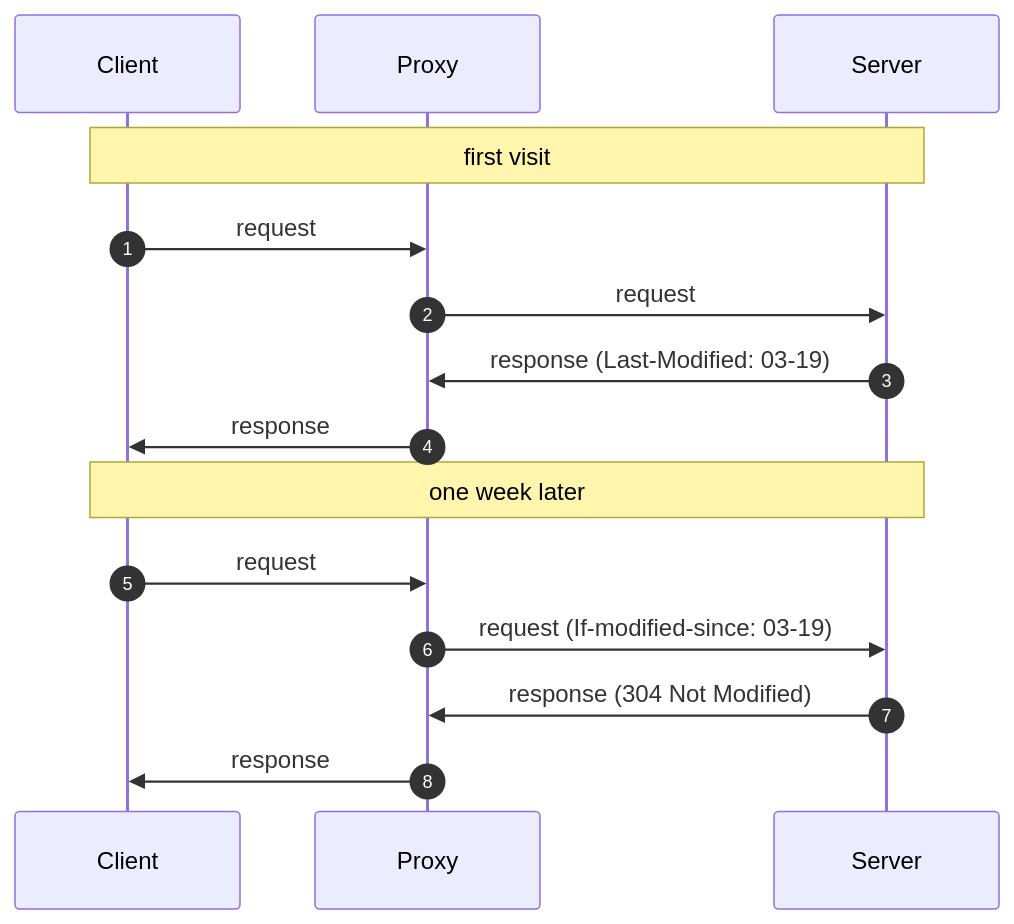
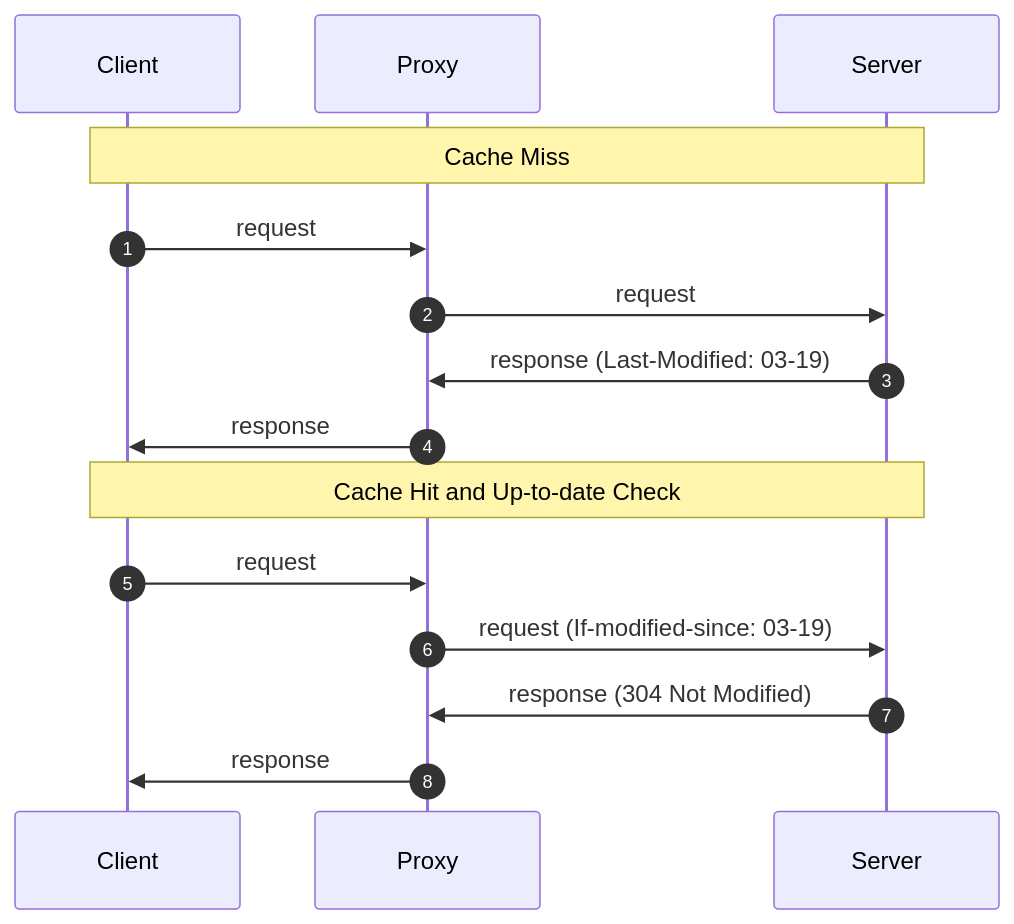
The fifth of 5 diagrams in network/http.md (wdyjwdy/notes), drawn with Mermaid before and after one commit.

````diff
--- a/network/http.md
+++ b/network/http.md
@@ -142,17 +142,17 @@
 ```mermaid
 sequenceDiagram
   autonumber
   participant Client
   participant Proxy
   participant Server
-  Note over Client, Server: first visit
+  Note over Client, Server: Cache Miss
   Client ->> Proxy: request
   Proxy ->> Server: request
   Server ->> Proxy: response (Last-Modified: 03-19)
   Proxy ->> Client: response
-  Note over Client, Server: one week later
+  Note over Client, Server: Cache Hit and Up-to-date Check
   Client ->> Proxy: request
   Proxy ->> Server: request (If-modified-since: 03-19)
   Server ->> Proxy: response (304 Not Modified)
   Proxy ->> Client: response
 ```
````
